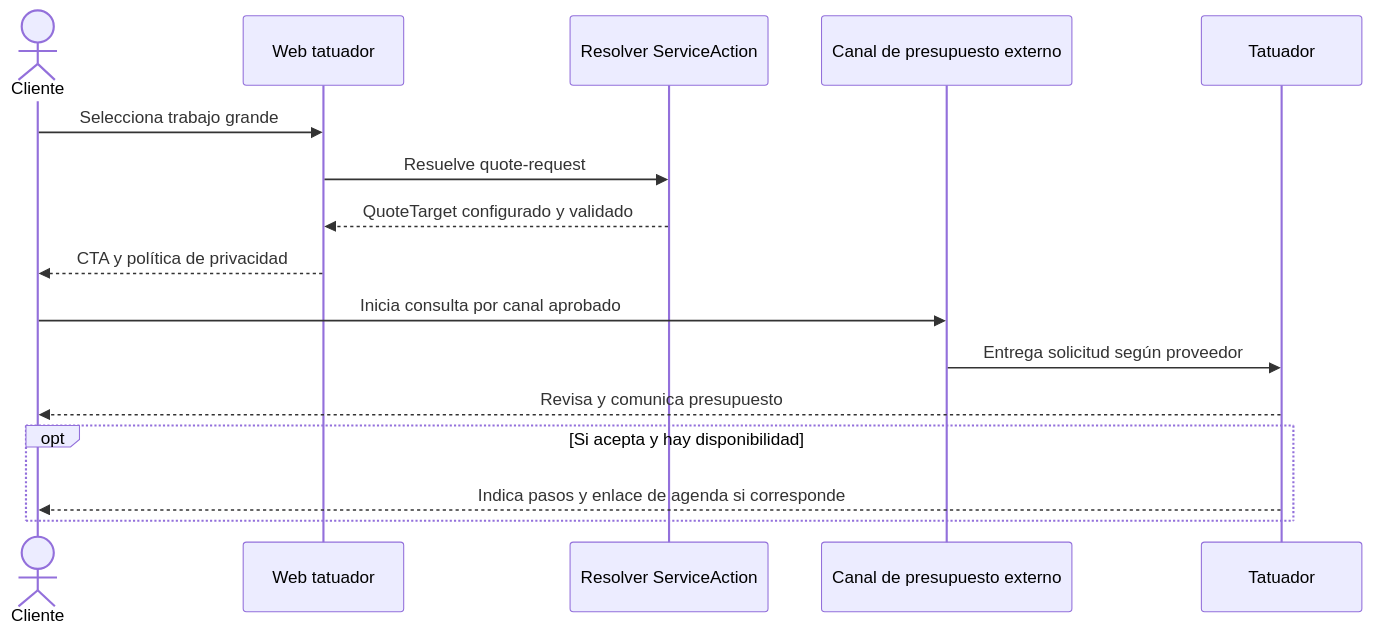
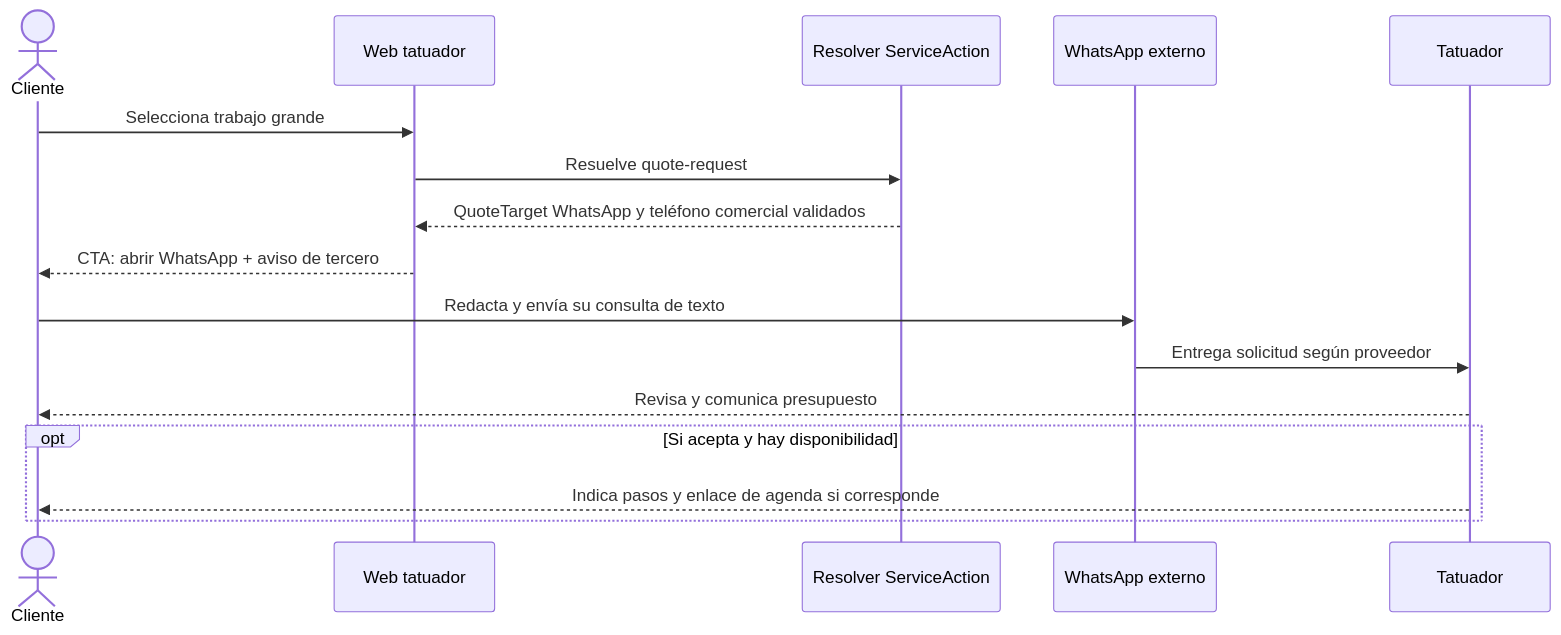
Before and after one commit to Gonzalo-Linares/Littzite: the third of 6 diagrams in docs/04-sequences-flows.md, drawn with Mermaid. The commit also changed other lines of this file and 18 other files, not shown here.

````diff
--- a/docs/04-sequences-flows.md
+++ b/docs/04-sequences-flows.md
@@ -54,18 +54,18 @@
 ```mermaid
 sequenceDiagram
   actor U as Cliente
   participant W as Web tatuador
   participant A as Resolver ServiceAction
-  participant Q as Canal de presupuesto externo
+  participant Q as WhatsApp externo
   participant T as Tatuador
   U->>W: Selecciona trabajo grande
   W->>A: Resuelve quote-request
-  A-->>W: QuoteTarget configurado y validado
-  W-->>U: CTA y política de privacidad
-  U->>Q: Inicia consulta por canal aprobado
+  A-->>W: QuoteTarget WhatsApp y teléfono comercial validados
+  W-->>U: CTA: abrir WhatsApp + aviso de tercero
+  U->>Q: Redacta y envía su consulta de texto
   Q->>T: Entrega solicitud según proveedor
   T-->>U: Revisa y comunica presupuesto
   opt Si acepta y hay disponibilidad
     T-->>U: Indica pasos y enlace de agenda si corresponde
   end
 ```
````
